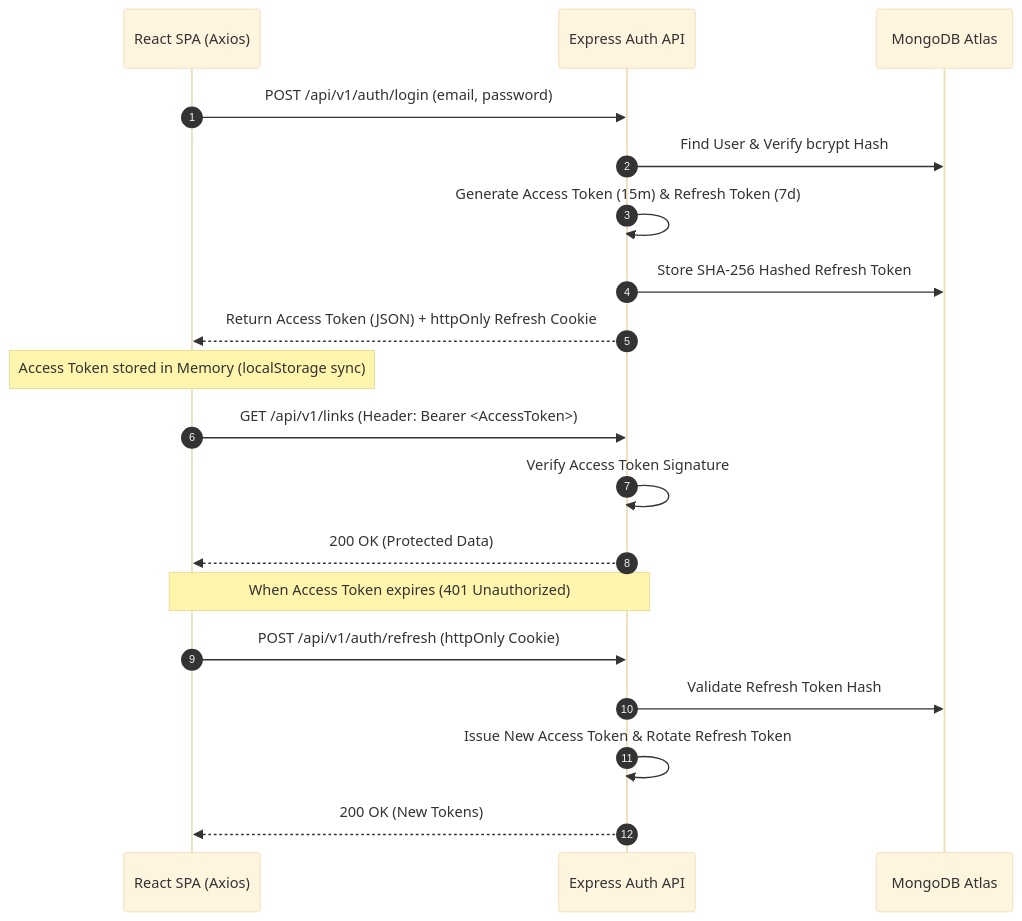
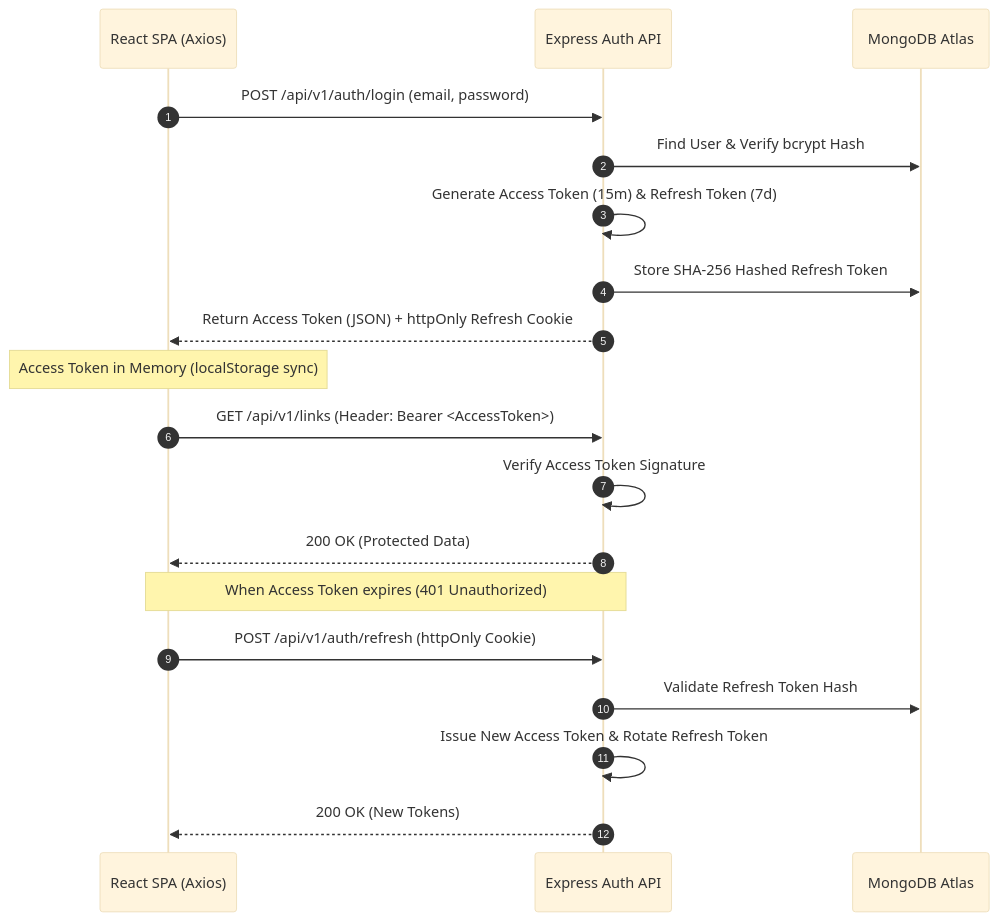
One commit to meheromprakash/Linkora changed the second of 3 diagrams in README.md. Above: the diagram before and after it, drawn with Mermaid (base theme). The commit also changed other lines of this file and 1 other file, not shown here.

````diff
--- a/README.md
+++ b/README.md
@@ -158,24 +190,24 @@
 ```mermaid
 sequenceDiagram
     autonumber
     participant Client as React SPA (Axios)
     participant API as Express Auth API
     participant DB as MongoDB Atlas
 
     Client->>API: POST /api/v1/auth/login (email, password)
     API->>DB: Find User & Verify bcrypt Hash
     API->>API: Generate Access Token (15m) & Refresh Token (7d)
     API->>DB: Store SHA-256 Hashed Refresh Token
     API-->>Client: Return Access Token (JSON) + httpOnly Refresh Cookie
-    Note over Client: Access Token stored in Memory (localStorage sync)
+    Note over Client: Access Token in Memory (localStorage sync)
 
     Client->>API: GET /api/v1/links (Header: Bearer <AccessToken>)
     API->>API: Verify Access Token Signature
     API-->>Client: 200 OK (Protected Data)
 
     Note over Client, API: When Access Token expires (401 Unauthorized)
     Client->>API: POST /api/v1/auth/refresh (httpOnly Cookie)
     API->>DB: Validate Refresh Token Hash
     API->>API: Issue New Access Token & Rotate Refresh Token
     API-->>Client: 200 OK (New Tokens)
 ```
````
